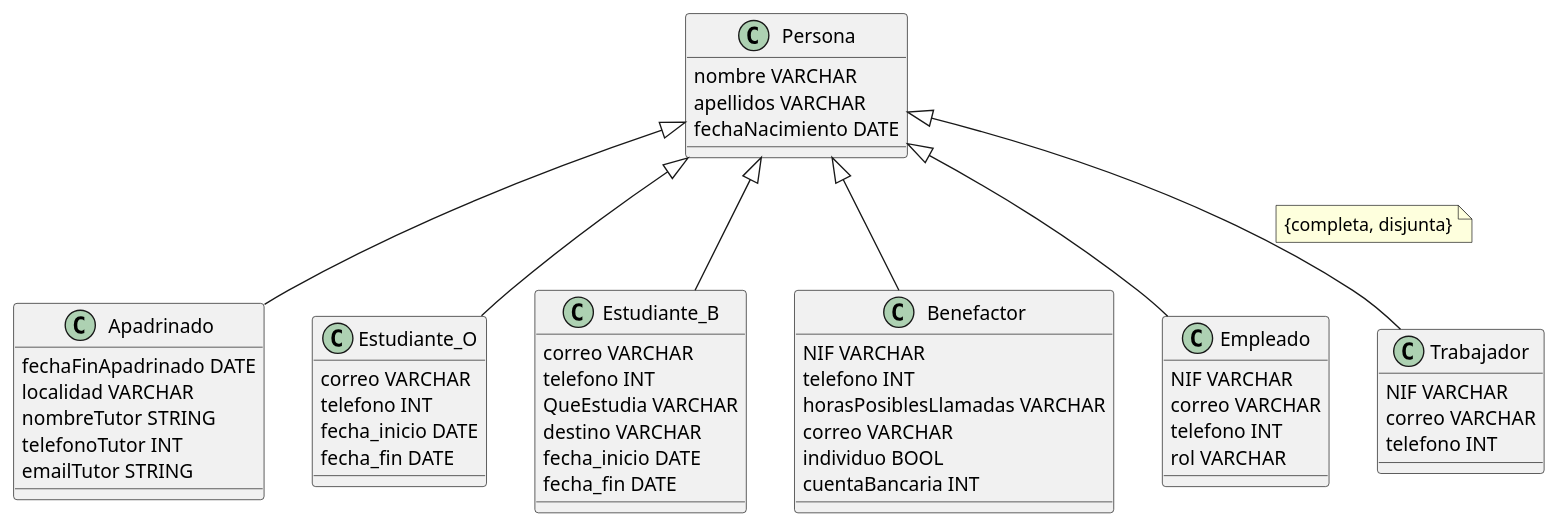
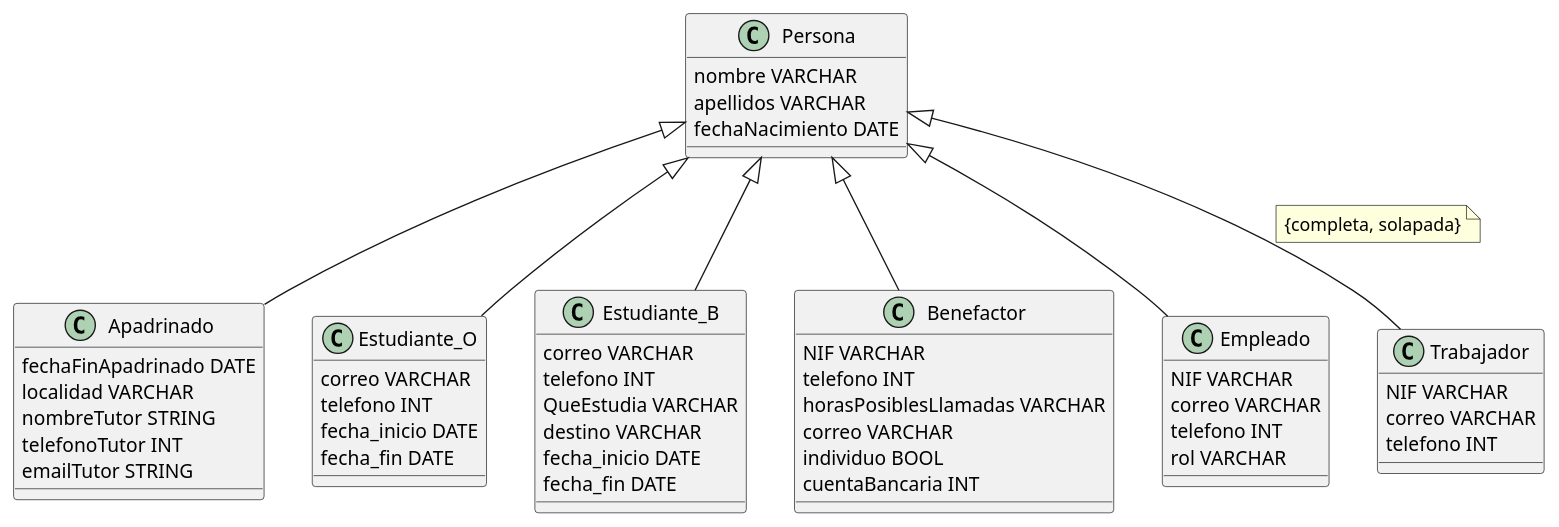
One commit to albporfer1-64/Grupo_Proyecto_DB changed the diagram in modelo_conceptual /persona.puml. Above: the diagram before and after it, drawn with PlantUML. The commit also changed 2 other files, not shown here.

```diff
--- a/modelo_conceptual /persona.puml
+++ b/modelo_conceptual /persona.puml
@@ -1,68 +1,68 @@
 @startuml hola
 skinparam classAttributeIconSize 0
 
 class Persona{
     nombre VARCHAR
     apellidos VARCHAR
     fechaNacimiento DATE 
     '(puede ser NULL)
 }
 
 'Subclases de Persona:
 Persona <|-- Apadrinado
 Persona <|-- Estudiante_O
 Persona <|-- Estudiante_B
 Persona <|-- Benefactor
 Persona <|-- Empleado
 Persona <|-- Trabajador
 
 'Restricción de cobertura:
-note on link : {completa, disjunta}
+note on link : {completa, solapada}
 
 class Trabajador{
     NIF VARCHAR
     correo VARCHAR
     telefono INT
 }
 
 class Empleado{
     NIF VARCHAR
     correo VARCHAR
     telefono INT
     rol VARCHAR
 }
 
 class Benefactor{
     NIF VARCHAR
     telefono INT
     horasPosiblesLlamadas VARCHAR
     correo VARCHAR
     individuo BOOL
     cuentaBancaria INT
 }
 
 class Estudiante_B{
     correo VARCHAR
     telefono INT
     QueEstudia VARCHAR
     destino VARCHAR
     fecha_inicio DATE
     fecha_fin DATE
 }
 
 class Estudiante_O{
     correo VARCHAR
     telefono INT
     fecha_inicio DATE
     fecha_fin DATE
 }
 
 class Apadrinado{
     fechaFinApadrinado DATE
     localidad VARCHAR
     nombreTutor STRING
     telefonoTutor INT
     emailTutor STRING
 }
 
 @enduml
```
